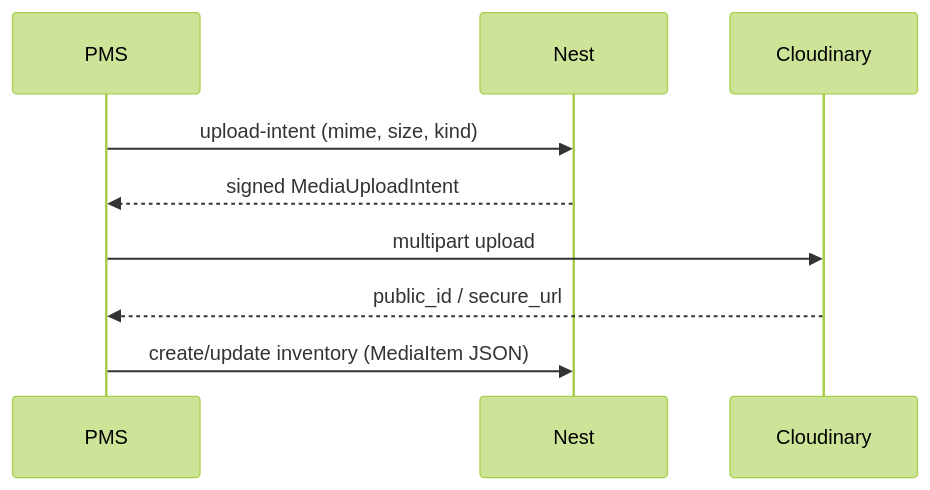
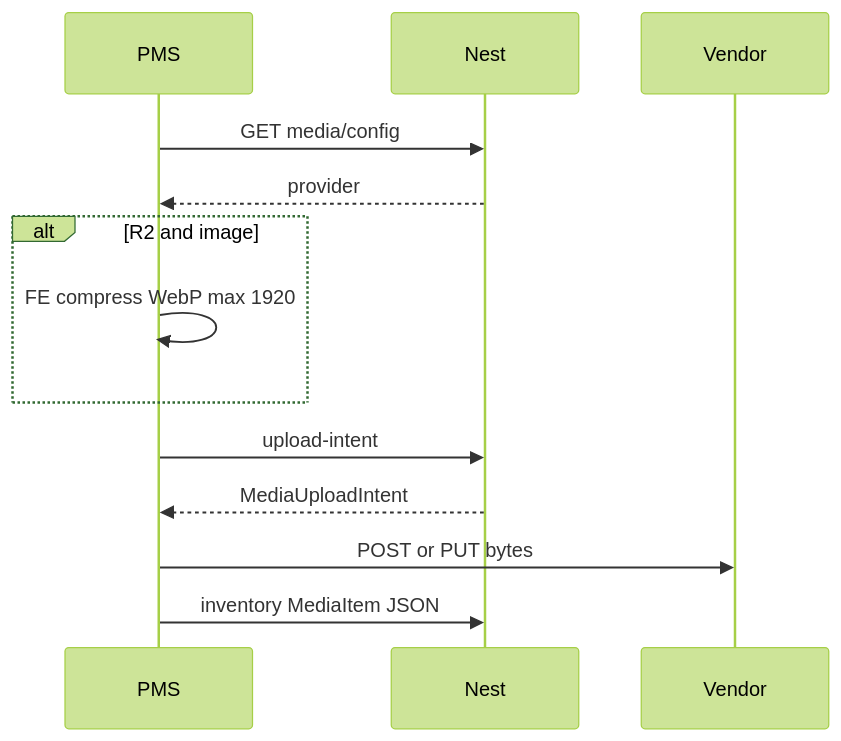
One commit to FrederickAurelio/property-management-system changed the diagram in _docs/media-upload-strategy.md. Above: the diagram before and after it, drawn with Mermaid (forest theme). The commit also changed other lines of this file and 27 other files, not shown here.

First line of the commit message:
feat(repo): abstract media storage behind Cloudinary and R2 adapters

````diff
--- a/_docs/media-upload-strategy.md
+++ b/_docs/media-upload-strategy.md
@@ -61,12 +57,16 @@
 ```mermaid
 sequenceDiagram
   participant PMS
   participant Nest
-  participant Cloudinary
+  participant Vendor
 
-  PMS->>Nest: upload-intent (mime, size, kind)
-  Nest-->>PMS: signed MediaUploadIntent
-  PMS->>Cloudinary: multipart upload
-  Cloudinary-->>PMS: public_id / secure_url
-  PMS->>Nest: create/update inventory (MediaItem JSON)
+  PMS->>Nest: GET media/config
+  Nest-->>PMS: provider
+  alt R2 and image
+    PMS->>PMS: FE compress WebP max 1920
+  end
+  PMS->>Nest: upload-intent
+  Nest-->>PMS: MediaUploadIntent
+  PMS->>Vendor: POST or PUT bytes
+  PMS->>Nest: inventory MediaItem JSON
 ```
````
